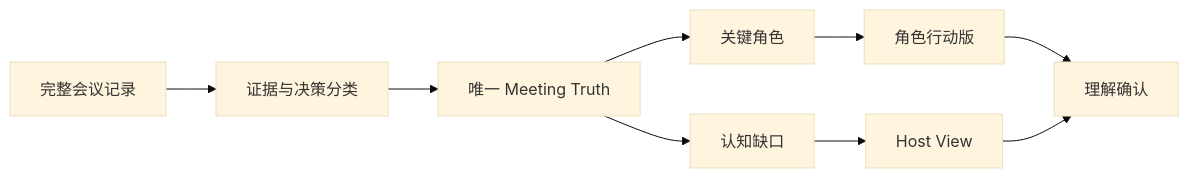
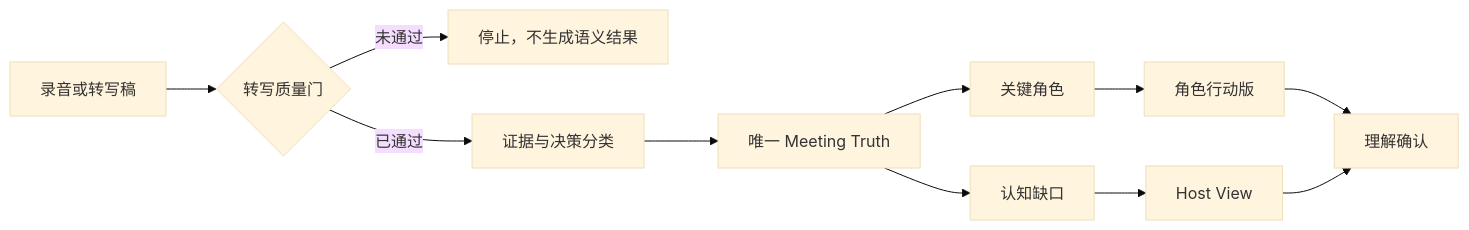
One commit to chiwinzhong/meeting-align changed the diagram in README.zh-CN.md. Above: the diagram before and after it, drawn with Mermaid (base theme). The commit also changed other lines of this file and 22 other files, not shown here.

````diff
--- a/README.zh-CN.md
+++ b/README.zh-CN.md
@@ -73,11 +81,13 @@
 ```mermaid
 flowchart LR
-    A["完整会议记录"] --> B["证据与决策分类"]
-    B --> C["唯一 Meeting Truth"]
-    C --> D["关键角色"]
-    C --> E["认知缺口"]
-    D --> F["角色行动版"]
-    E --> G["Host View"]
-    F --> H["理解确认"]
-    G --> H
+    A["录音或转写稿"] --> B{"转写质量门"}
+    B -- "未通过" --> X["停止，不生成语义结果"]
+    B -- "已通过" --> C["证据与决策分类"]
+    C --> D["唯一 Meeting Truth"]
+    D --> E["关键角色"]
+    D --> F["认知缺口"]
+    E --> G["角色行动版"]
+    F --> H["Host View"]
+    G --> I["理解确认"]
+    H --> I
 ```
````
